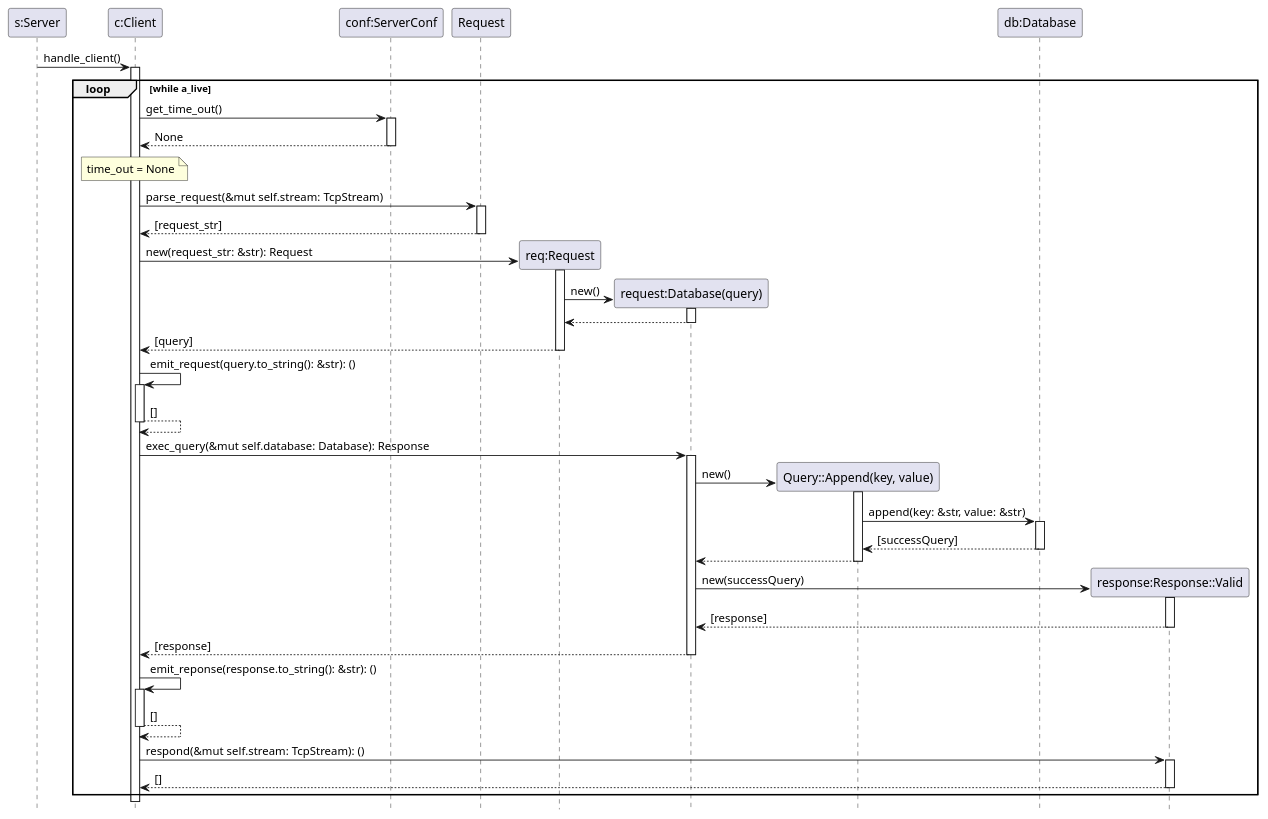
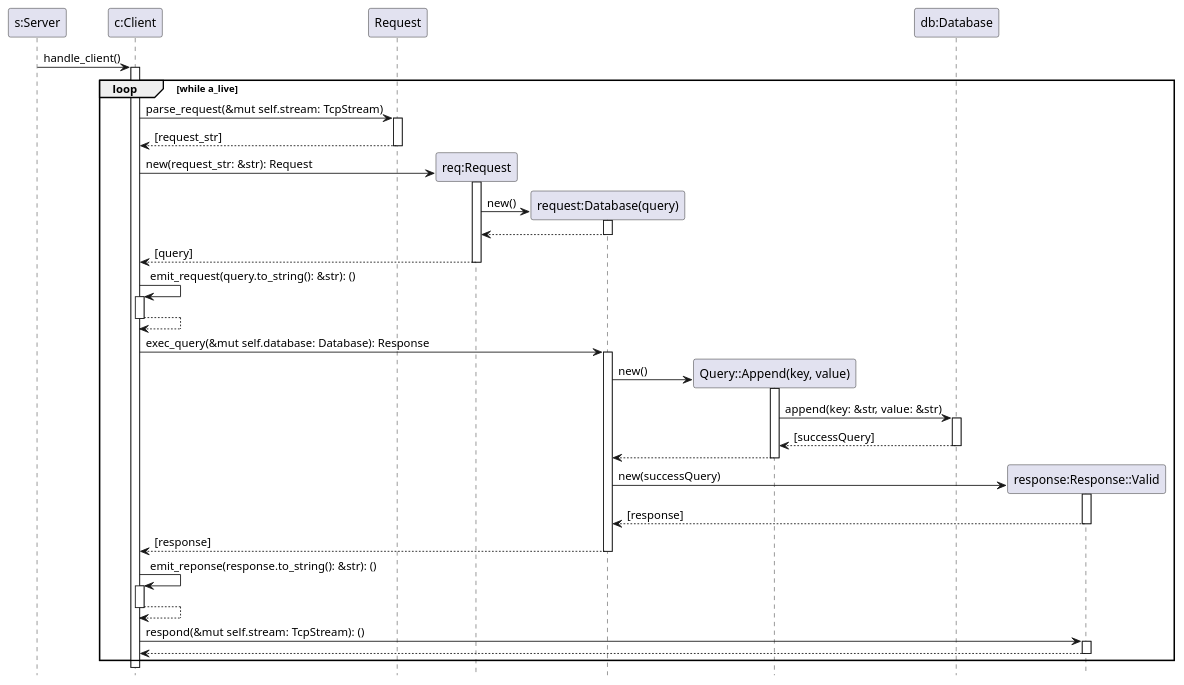
The diagram in src/Diagramas/ds_handleclient_for_request_database_append_without_time_out_and_live_is_true.puml (taller-1-fiuba-rust/21C1-OxidadosFC), drawn with PlantUML before and after one commit.

Commit message:
update ds handle client

```diff
--- a/src/Diagramas/ds_handleclient_for_request_database_append_without_time_out_and_live_is_true.puml
+++ b/src/Diagramas/ds_handleclient_for_request_database_append_without_time_out_and_live_is_true.puml
@@ -1,42 +1,38 @@
 @startuml database init
 hide footbox
 
 
 "s:Server" -> "c:Client"++: handle_client()
     loop while a_live
-        "c:Client" -> "conf:ServerConf"++: get_time_out()
-        return None
-        note over "c:Client" : time_out = None
-        
         "c:Client" -> "Request"++: parse_request(&mut self.stream: TcpStream)
         return [request_str]
         
         create "req:Request"
         "c:Client" -> "req:Request"++ : new(request_str: &str): Request
             create "request:Database(query)"
             "req:Request" -> "request:Database(query)"++: new()
             return
         return [query]
         
         "c:Client" -> "c:Client"++: emit_request(query.to_string(): &str): ()
-        return []
+        return
 
         "c:Client" -> "request:Database(query)"++: exec_query(&mut self.database: Database): Response
             create "Query::Append(key, value)"
             "request:Database(query)" -> "Query::Append(key, value)"++: new() 
             "Query::Append(key, value)" ->"db:Database"++: append(key: &str, value: &str)
             return[successQuery]
             return
             create "response:Response::Valid"
             "request:Database(query)" -> "response:Response::Valid"++ : new(successQuery)
             return [response]
         return [response]
         
         "c:Client" -> "c:Client"++: emit_reponse(response.to_string(): &str): ()
-        return []
+        return
 
         "c:Client" -> "response:Response::Valid"++ :respond(&mut self.stream: TcpStream): ()
-        return []
+        return
     end
 
 @enduml
```
